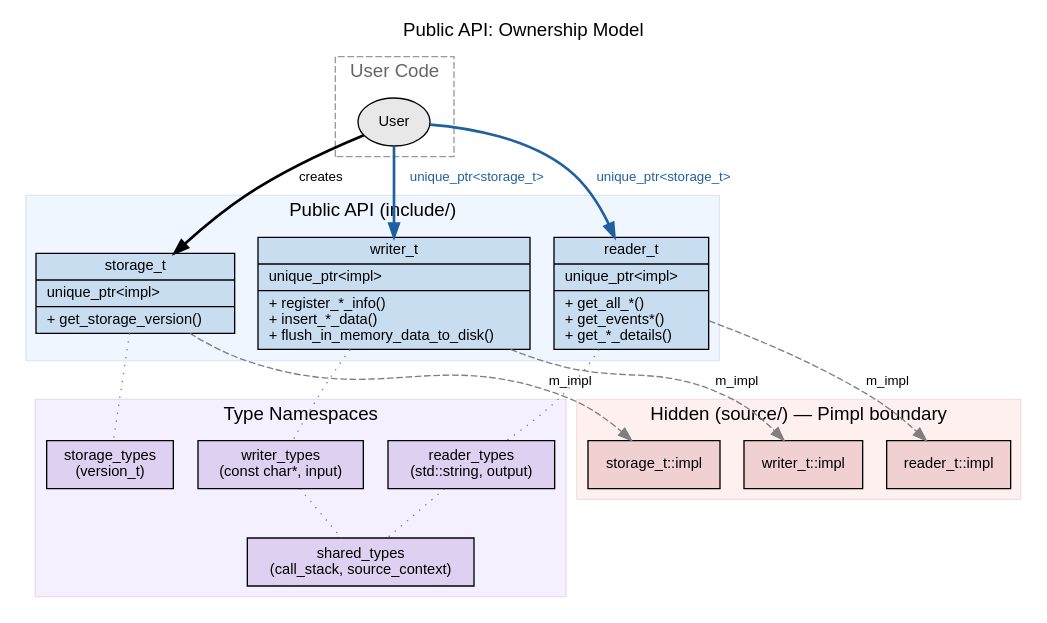
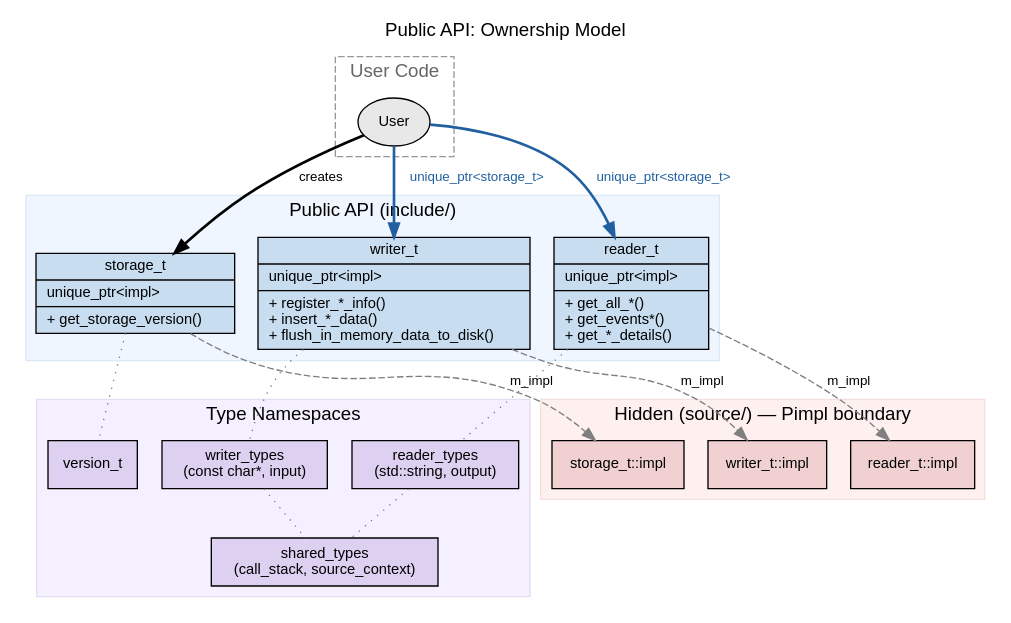
The diagram in profilers/profiler-hub/docs/graphs/public_api_ownership.dot (ROCm/rocm-systems), drawn with Graphviz before and after one commit. The commit also changed 9 other files, not shown here.

First line of the commit message:
refactor(profiler-hub): rename storage_types.hpp to version.hpp

```diff
--- a/profilers/profiler-hub/docs/graphs/public_api_ownership.dot
+++ b/profilers/profiler-hub/docs/graphs/public_api_ownership.dot
@@ -1,67 +1,67 @@
 digraph public_api_ownership {
     rankdir=TB;
     fontname="Helvetica";
     node [fontname="Helvetica", fontsize=11, shape=record, style=filled];
     edge [fontname="Helvetica", fontsize=10];
 
     label="Public API: Ownership Model";
     labelloc=t;
     fontsize=14;
 
     subgraph cluster_user {
         label="User Code";
         style=dashed;
         color=gray60;
         fontcolor=gray40;
 
         user_code [label="User", shape=ellipse, fillcolor="#e8e8e8"];
     }
 
     subgraph cluster_public_api {
         label="Public API (include/)";
         style=filled;
         color="#dce8f5";
         fillcolor="#f0f6ff";
 
         storage [label="{storage_t|unique_ptr\<impl\>\l|+ get_storage_version()\l}", fillcolor="#c8ddf0"];
         writer [label="{writer_t|unique_ptr\<impl\>\l|+ register_*_info()\l+ insert_*_data()\l+ flush_in_memory_data_to_disk()\l}", fillcolor="#c8ddf0"];
         reader [label="{reader_t|unique_ptr\<impl\>\l|+ get_all_*()\l+ get_events*()\l+ get_*_details()\l}", fillcolor="#c8ddf0"];
     }
 
     subgraph cluster_types {
         label="Type Namespaces";
         style=filled;
         color="#e5ddf0";
         fillcolor="#f5f0ff";
 
         writer_types [label="writer_types\n(const char*, input)", shape=box, fillcolor="#ddd0f0"];
         reader_types [label="reader_types\n(std::string, output)", shape=box, fillcolor="#ddd0f0"];
         shared_types [label="shared_types\n(call_stack, source_context)", shape=box, fillcolor="#ddd0f0"];
-        storage_types [label="storage_types\n(version_t)", shape=box, fillcolor="#ddd0f0"];
+        version [label="version_t", shape=box, fillcolor="#ddd0f0"];
     }
 
     subgraph cluster_hidden {
         label="Hidden (source/) — Pimpl boundary";
         style=filled;
         color="#f5e0e0";
         fillcolor="#fff0f0";
 
         storage_impl [label="storage_t::impl", shape=box, fillcolor="#f0d0d0"];
         writer_impl [label="writer_t::impl", shape=box, fillcolor="#f0d0d0"];
         reader_impl [label="reader_t::impl", shape=box, fillcolor="#f0d0d0"];
     }
 
     user_code -> storage [label="  creates  ", style=bold];
     user_code -> writer [label="  unique_ptr<storage_t>  ", style=bold, color="#2060a0", fontcolor="#2060a0"];
     user_code -> reader [label="  unique_ptr<storage_t>  ", style=bold, color="#2060a0", fontcolor="#2060a0"];
 
     storage -> storage_impl [label="  m_impl  ", style=dashed, color=gray50];
     writer -> writer_impl [label="  m_impl  ", style=dashed, color=gray50];
     reader -> reader_impl [label="  m_impl  ", style=dashed, color=gray50];
 
     writer -> writer_types [style=dotted, color=gray50, arrowhead=none];
     reader -> reader_types [style=dotted, color=gray50, arrowhead=none];
     writer_types -> shared_types [style=dotted, color=gray50, arrowhead=none];
     reader_types -> shared_types [style=dotted, color=gray50, arrowhead=none];
-    storage -> storage_types [style=dotted, color=gray50, arrowhead=none];
+    storage -> version [style=dotted, color=gray50, arrowhead=none];
 }
```
